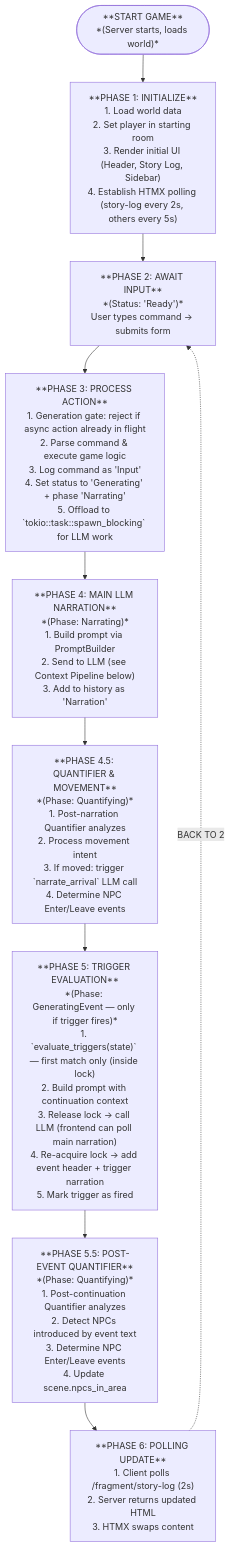
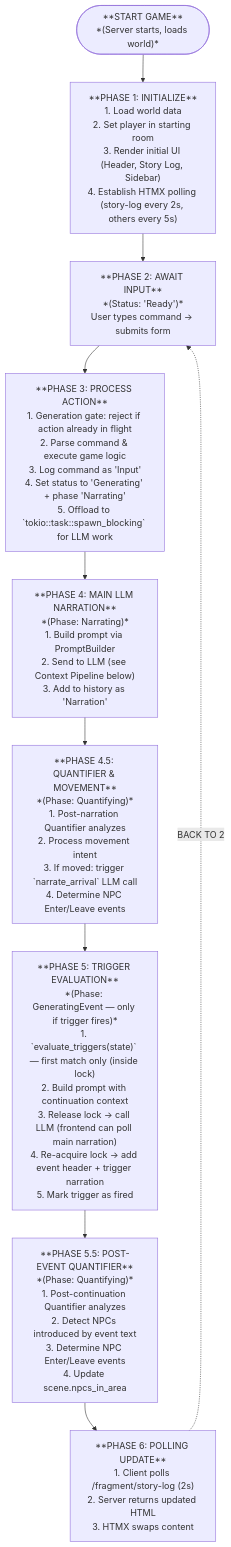
One commit to notsonormal/chronicler-engine changed the first of 3 diagrams in chronicler_engine/docs/system/game_flow.md. Above: the diagram before and after it, drawn with Mermaid. The commit also changed other lines of this file and 30 other files, not shown here.

````diff
--- a/chronicler_engine/docs/system/game_flow.md
+++ b/chronicler_engine/docs/system/game_flow.md
@@ -11,30 +11,30 @@
 ```mermaid
 flowchart TD
     Start(["**START GAME**<br>*(Server starts, loads world)*"])
     
     Phase1["**PHASE 1: INITIALIZE**<br>1. Load world data<br>2. Set player in starting room<br>3. Render initial UI (Header, Story Log, Sidebar)<br>4. Establish HTMX polling (story-log every 2s, others every 5s)"]
     
     Phase2["**PHASE 2: AWAIT INPUT**<br>*(Status: 'Ready')*<br>User types command → submits form"]
     
-    Phase3["**PHASE 3: PROCESS ACTION**<br>1. Generation gate: reject if async action already in flight<br>2. Parse command & execute game logic<br>3. Log command as 'Input'<br>4. Set status to 'Generating' + phase 'Narrating'<br>5. Offload to `tokio::task::spawn_blocking` for LLM work"]
+    Phase3["**PHASE 3: PROCESS ACTION**<br>1. Generation gate: reject if action already in flight<br>2. Parse command & execute game logic<br>3. Log command as 'Input'<br>4. Set status to 'Generating' + phase 'Narrating'<br>5. Offload to `tokio::task::spawn_blocking` for LLM work"]
     
     Phase4["**PHASE 4: MAIN LLM NARRATION**<br>*(Phase: Narrating)*<br>1. Build prompt via PromptBuilder<br>2. Send to LLM (see Context Pipeline below)<br>3. Add to history as 'Narration'"]
     
     Phase45["**PHASE 4.5: QUANTIFIER & MOVEMENT**<br>*(Phase: Quantifying)*<br>1. Post-narration Quantifier analyzes<br>2. Process movement intent<br>3. If moved: trigger `narrate_arrival` LLM call<br>4. Determine NPC Enter/Leave events"]
     
     Phase5["**PHASE 5: TRIGGER EVALUATION**<br>*(Phase: GeneratingEvent — only if trigger fires)*<br>1. `evaluate_triggers(state)` — first match only (inside lock)<br>2. Build prompt with continuation context<br>3. Release lock → call LLM (frontend can poll main narration)<br>4. Re-acquire lock → add event header + trigger narration<br>5. Mark trigger as fired"]
 
     Phase55["**PHASE 5.5: POST-EVENT QUANTIFIER**<br>*(Phase: Quantifying)*<br>1. Post-continuation Quantifier analyzes<br>2. Detect NPCs introduced by event text<br>3. Determine NPC Enter/Leave events<br>4. Update scene.npcs_in_area"]
     
     Phase6["**PHASE 6: POLLING UPDATE**<br>1. Client polls /fragment/story-log (2s)<br>2. Server returns updated HTML<br>3. HTMX swaps content"]
 
     Start --> Phase1
     Phase1 --> Phase2
     Phase2 --> Phase3
     Phase3 --> Phase4
     Phase4 --> Phase45
     Phase45 --> Phase5
     Phase5 --> Phase55
     Phase55 --> Phase6
     Phase6 -.->|BACK TO 2| Phase2
 ```
````
